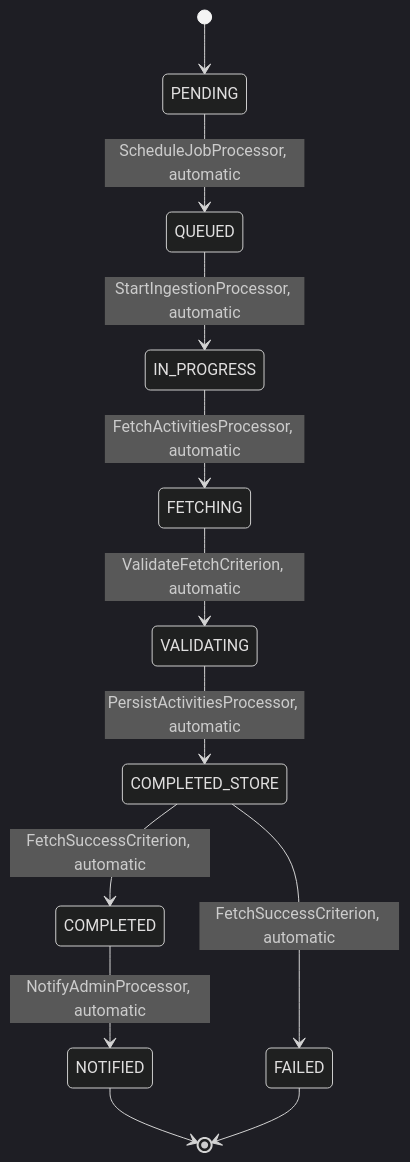
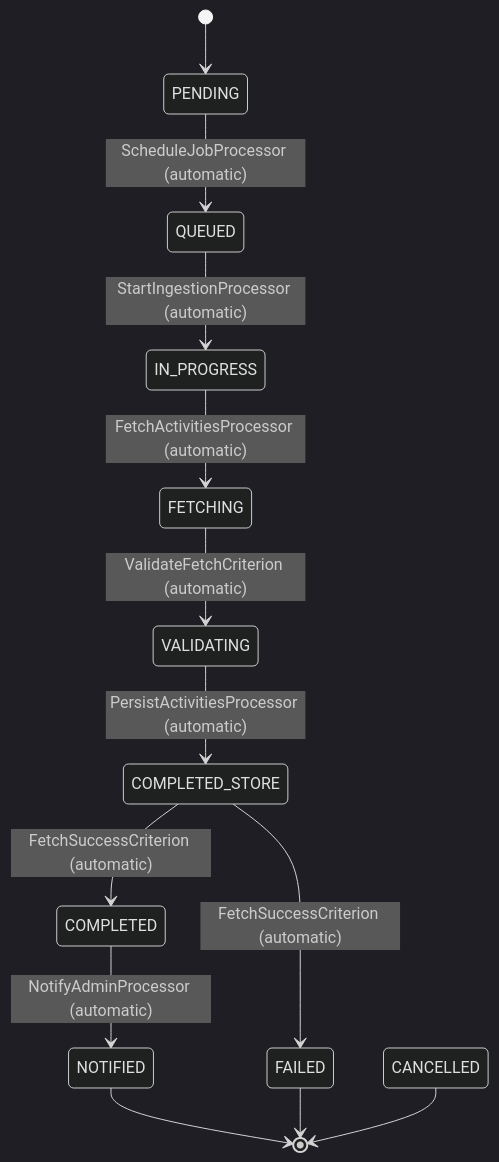
One commit to Cyoda-platform/java-client-template changed the first of 3 diagrams in src/main/java/com/java_template/prototype/functional_requirement.md. Above: the diagram before and after it, drawn with Mermaid (dark theme). The commit also changed other lines of this file, not shown here.

````diff
--- a/src/main/java/com/java_template/prototype/functional_requirement.md
+++ b/src/main/java/com/java_template/prototype/functional_requirement.md
@@ -57,14 +126,15 @@
 ```mermaid
 stateDiagram-v2
     [*] --> PENDING
-    PENDING --> QUEUED : ScheduleJobProcessor, automatic
-    QUEUED --> IN_PROGRESS : StartIngestionProcessor, automatic
-    IN_PROGRESS --> FETCHING : FetchActivitiesProcessor, automatic
-    FETCHING --> VALIDATING : ValidateFetchCriterion, automatic
-    VALIDATING --> COMPLETED_STORE : PersistActivitiesProcessor, automatic
-    COMPLETED_STORE --> COMPLETED : FetchSuccessCriterion, automatic
-    COMPLETED_STORE --> FAILED : FetchSuccessCriterion, automatic
-    COMPLETED --> NOTIFIED : NotifyAdminProcessor, automatic
+    PENDING --> QUEUED : ScheduleJobProcessor (automatic)
+    QUEUED --> IN_PROGRESS : StartIngestionProcessor (automatic)
+    IN_PROGRESS --> FETCHING : FetchActivitiesProcessor (automatic)
+    FETCHING --> VALIDATING : ValidateFetchCriterion (automatic)
+    VALIDATING --> COMPLETED_STORE : PersistActivitiesProcessor (automatic)
+    COMPLETED_STORE --> COMPLETED : FetchSuccessCriterion (automatic)
+    COMPLETED_STORE --> FAILED : FetchSuccessCriterion (automatic)
+    COMPLETED --> NOTIFIED : NotifyAdminProcessor (automatic)
     NOTIFIED --> [*]
     FAILED --> [*]
+    CANCELLED --> [*]
 ```
````
